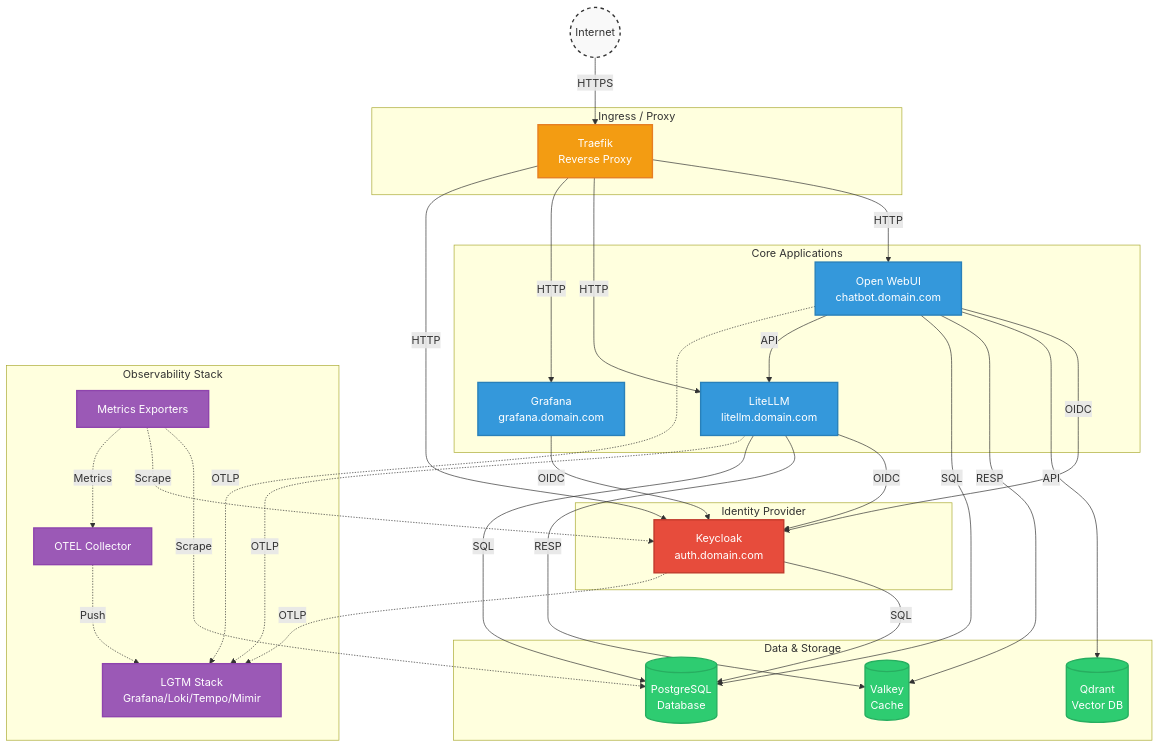
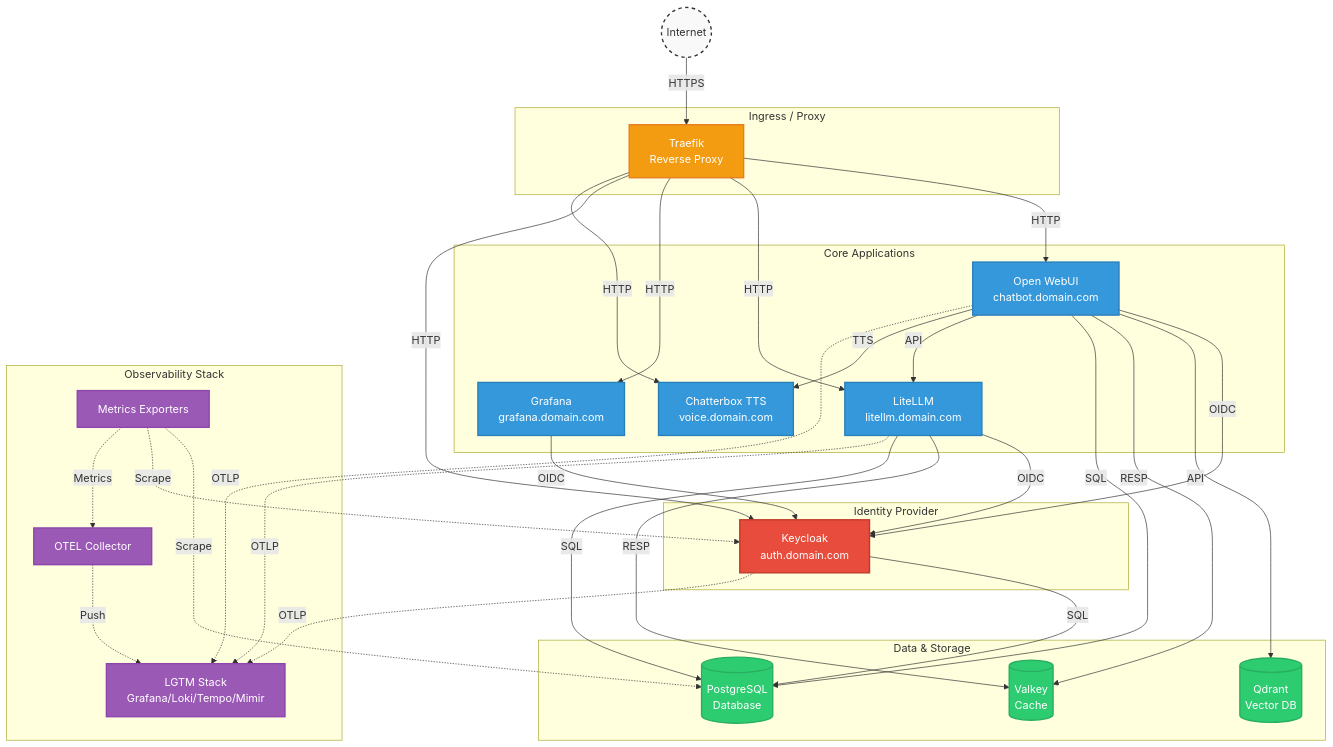
The diagram in README.md (krousenick/openwebui-stack), drawn with Mermaid before and after one commit. The commit also changed other lines of this file and 40 other files, not shown here.

````diff
--- a/README.md
+++ b/README.md
@@ -7,72 +7,75 @@
 ```mermaid
 graph TB
     classDef internet fill:#f9f9f9,stroke:#333,stroke-width:2px,color:#333,stroke-dasharray: 5 5;
     classDef proxy fill:#f39c12,stroke:#e67e22,stroke-width:2px,color:#fff;
     classDef app fill:#3498db,stroke:#2980b9,stroke-width:2px,color:#fff;
     classDef db fill:#2ecc71,stroke:#27ae60,stroke-width:2px,color:#fff;
     classDef auth fill:#e74c3c,stroke:#c0392b,stroke-width:2px,color:#fff;
     classDef obs fill:#9b59b6,stroke:#8e44ad,stroke-width:2px,color:#fff;
 
     Internet((Internet)):::internet
 
     subgraph Ingress [Ingress / Proxy]
         Traefik[Traefik<br/>Reverse Proxy]:::proxy
     end
 
     subgraph Core [Core Applications]
         OpenWebUI[Open WebUI<br/>chatbot.domain.com]:::app
         LiteLLM[LiteLLM<br/>litellm.domain.com]:::app
         Grafana[Grafana<br/>grafana.domain.com]:::app
+        Chatterbox[Chatterbox TTS<br/>voice.domain.com]:::app
     end
 
     subgraph Auth [Identity Provider]
         Keycloak[Keycloak<br/>auth.domain.com]:::auth
     end
 
     subgraph Data [Data & Storage]
         Qdrant[(Qdrant<br/>Vector DB)]:::db
         Valkey[(Valkey<br/>Cache)]:::db
         PostgreSQL[(PostgreSQL<br/>Database)]:::db
     end
 
     subgraph Observability [Observability Stack]
         LGTM[LGTM Stack<br/>Grafana/Loki/Tempo/Mimir]:::obs
         OTEL[OTEL Collector]:::obs
         Exporters[Metrics Exporters]:::obs
     end
     
     %% Traffic flow
     Internet -->|HTTPS| Traefik
     
     Traefik -->|HTTP| OpenWebUI
     Traefik -->|HTTP| LiteLLM
     Traefik -->|HTTP| Grafana
     Traefik -->|HTTP| Keycloak
+    Traefik -->|HTTP| Chatterbox
     
     %% SSO flow
     OpenWebUI -->|OIDC| Keycloak
     LiteLLM -->|OIDC| Keycloak
     Grafana -->|OIDC| Keycloak
     
     OpenWebUI -->|API| Qdrant
     OpenWebUI -->|RESP| Valkey
     OpenWebUI -->|SQL| PostgreSQL
 
     OpenWebUI -->|API| LiteLLM
+    OpenWebUI -->|TTS| Chatterbox
     
     LiteLLM -->|RESP| Valkey
     LiteLLM -->|SQL| PostgreSQL
     
     Keycloak -->|SQL| PostgreSQL
     
     %% Exporters querying targets
     Exporters -.->|Scrape| PostgreSQL
     Exporters -.->|Scrape| Keycloak
     
     %% Telemetry flow (dashed)
     LiteLLM -.->|OTLP| LGTM
     OpenWebUI -.->|OTLP| LGTM
     Keycloak -.->|OTLP| LGTM
     Exporters -.->|Metrics| OTEL
     OTEL -.->|Push| LGTM
 ```
````
